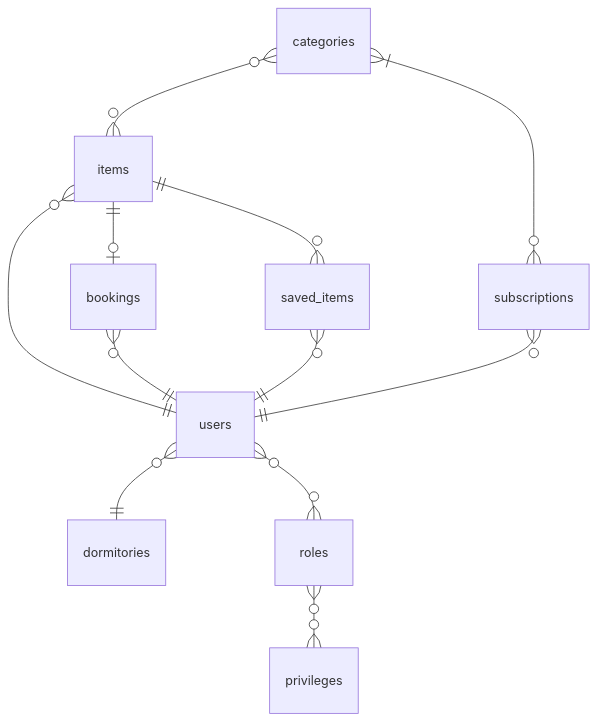
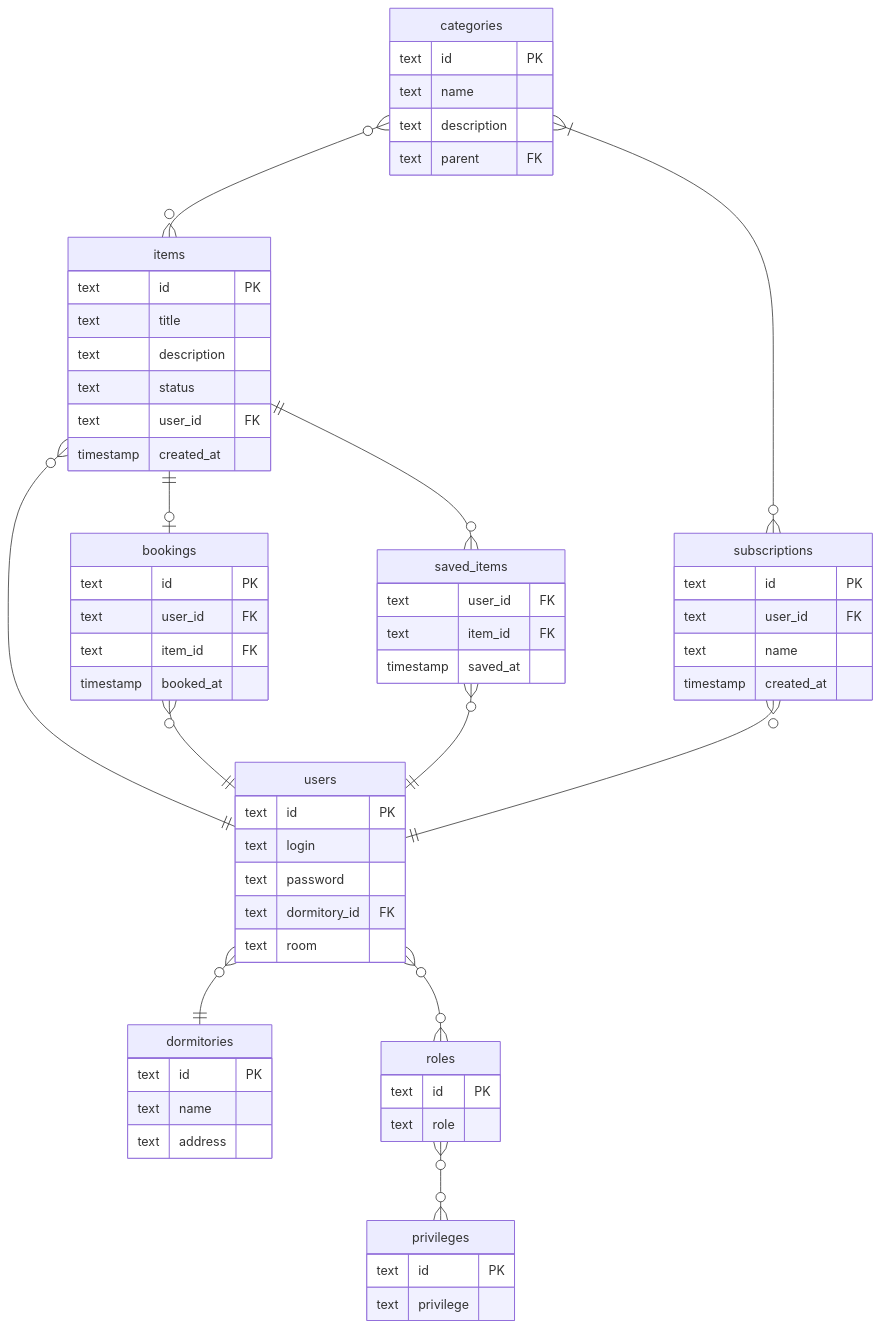
One commit to Andryss/Trousseau changed the diagram in docs/ER.md. Above: the diagram before and after it, drawn with Mermaid. The commit also changed other lines of this file and 1 other file, not shown here.

````diff
--- a/docs/ER.md
+++ b/docs/ER.md
@@ -1,24 +3,66 @@
 ```mermaid
 erDiagram
-    dormitories
-    users
-    roles
-    privileges
-    categories
-    items
-    bookings
-    saved_items
-    subscriptions
+    dormitories {
+        text id PK
+        text name
+        text address
+    }
+    users {
+        text id PK
+        text login
+        text password
+        text dormitory_id FK
+        text room
+    }
+    roles {
+        text id PK
+        text role
+    }
+    privileges {
+        text id PK
+        text privilege
+    }
+    categories {
+        text id PK
+        text name
+        text description
+        text parent FK
+    }
+    items {
+        text id PK
+        text title
+        text description
+        text status
+        text user_id FK
+        timestamp created_at
+    }
+    bookings {
+        text id PK
+        text user_id FK
+        text item_id FK
+        timestamp booked_at
+    }
+    saved_items {
+        text user_id FK
+        text item_id FK
+        timestamp saved_at
+    }
+    subscriptions {
+        text id PK
+        text user_id FK
+        text name
+        timestamp created_at
+    }
     
     users }o--|| dormitories : ""
     users }o--o{ roles : ""
     roles }o--o{ privileges : ""
     items }o--|| users : ""
     categories }o--o{ items : ""
     bookings }o--|| users : ""
     items ||--o| bookings : ""
     saved_items }o--|| users : ""
     items ||--o{ saved_items : ""
     subscriptions }o--|| users : ""
     categories }|--o{ subscriptions : ""
 ```
````
